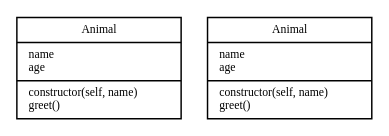
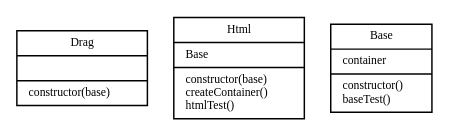
Before and after one commit to j-vanolst/BCDE321-Assignment2-2020: the diagram in graph/test.gv, drawn with Graphviz. The commit also changed 18 other files, not shown here.

First line of the commit message:
Implemeted grapher into CLI

```diff
--- a/graph/test.gv
+++ b/graph/test.gv
@@ -1,6 +1,7 @@
 digraph {
 	node [fontname="Bitstream Vera Sans" fontsize=8 shape=record]
 	edge [arrowtail=empty dir=back]
-	A [label="{Animal|name\lage\l|constructor(self, name)\lgreet()\l}"]
-	B [label="{Animal|name\lage\l|constructor(self, name)\lgreet()\l}"]
+	0 [label="{Drag||constructor(base)\l}"]
+	1 [label="{Html|Base\l|constructor(base)\lcreateContainer()\lhtmlTest()\l}"]
+	2 [label="{Base|container\l|constructor()\lbaseTest()\l}"]
 }
```
